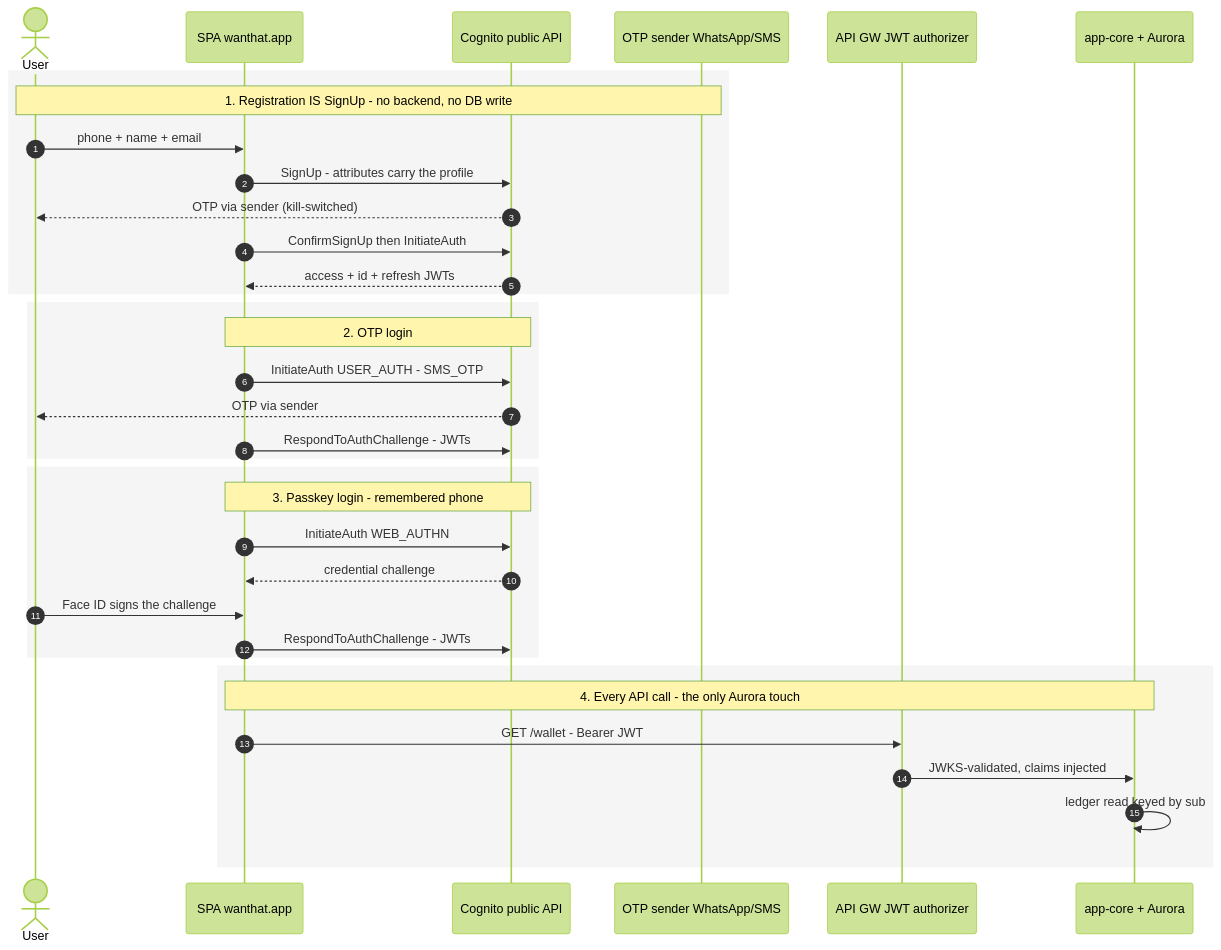
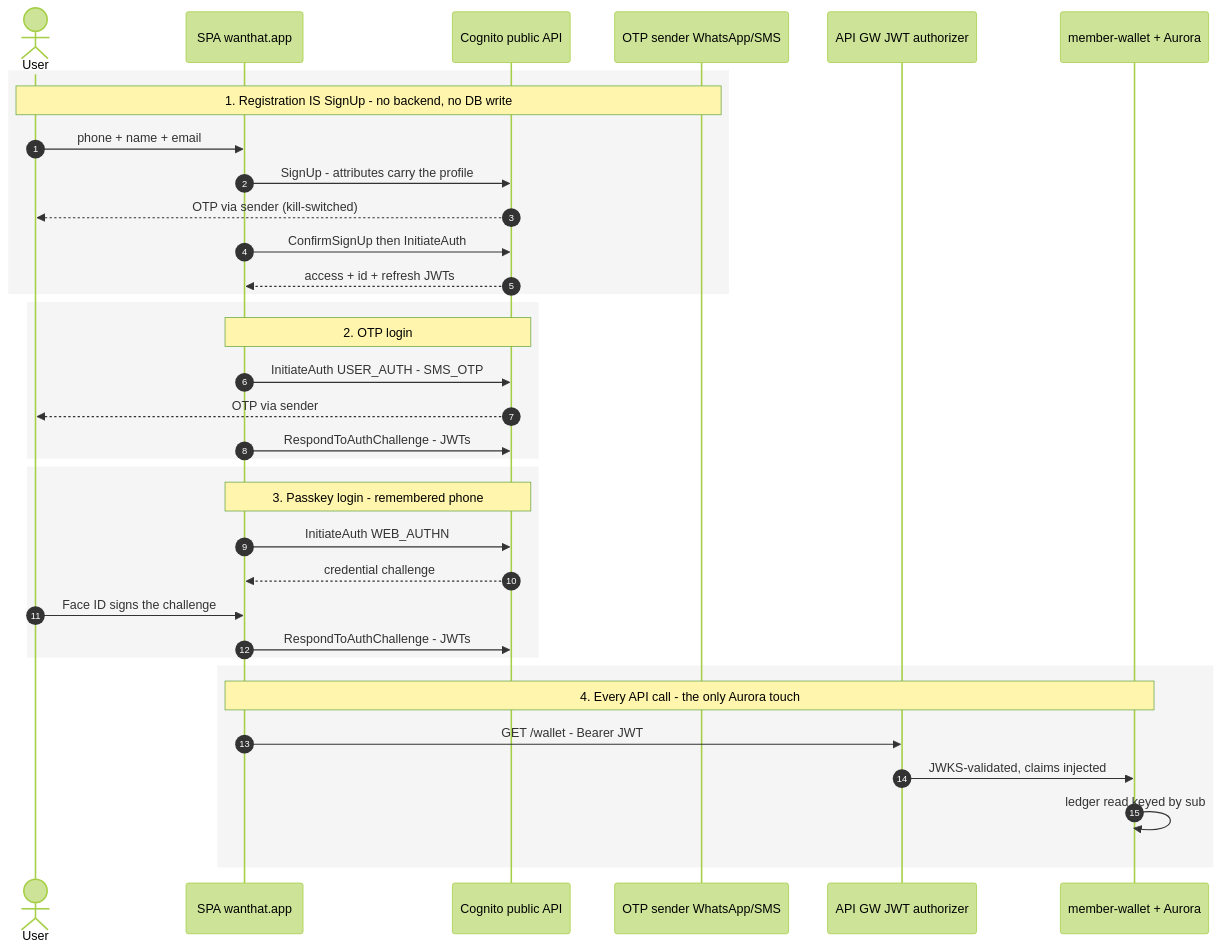
The second of 6 diagrams in slides/presentation.md (wanthat-app/monorepo), drawn with Mermaid (forest theme) before and after one commit. The commit also changed other lines of this file and 22 other files, not shown here.

First line of the commit message:
docs(refactor): rewrite ADRs + architecture docs + slides for the 15-function topology (refactor PR 9/9) (#197)

````diff
--- a/slides/presentation.md
+++ b/slides/presentation.md
@@ -406,38 +415,38 @@
 ```mermaid
 sequenceDiagram
   autonumber
   actor User
   participant SPA as SPA wanthat.app
   participant Cog as Cognito public API
   participant Snd as OTP sender WhatsApp/SMS
   participant GW as API GW JWT authorizer
-  participant Wal as app-core + Aurora
+  participant Wal as member-wallet + Aurora
 
   rect rgb(245,245,245)
     note over User,Snd: 1. Registration IS SignUp - no backend, no DB write
     User->>SPA: phone + name + email
     SPA->>Cog: SignUp - attributes carry the profile
     Cog-->>User: OTP via sender (kill-switched)
     SPA->>Cog: ConfirmSignUp then InitiateAuth
     Cog-->>SPA: access + id + refresh JWTs
   end
   rect rgb(245,245,245)
     note over SPA,Cog: 2. OTP login
     SPA->>Cog: InitiateAuth USER_AUTH - SMS_OTP
     Cog-->>User: OTP via sender
     SPA->>Cog: RespondToAuthChallenge - JWTs
   end
   rect rgb(245,245,245)
     note over SPA,Cog: 3. Passkey login - remembered phone
     SPA->>Cog: InitiateAuth WEB_AUTHN
     Cog-->>SPA: credential challenge
     User->>SPA: Face ID signs the challenge
     SPA->>Cog: RespondToAuthChallenge - JWTs
   end
   rect rgb(245,245,245)
     note over SPA,Wal: 4. Every API call - the only Aurora touch
     SPA->>GW: GET /wallet - Bearer JWT
     GW->>Wal: JWKS-validated, claims injected
     Wal->>Wal: ledger read keyed by sub
   end
 ```
````
